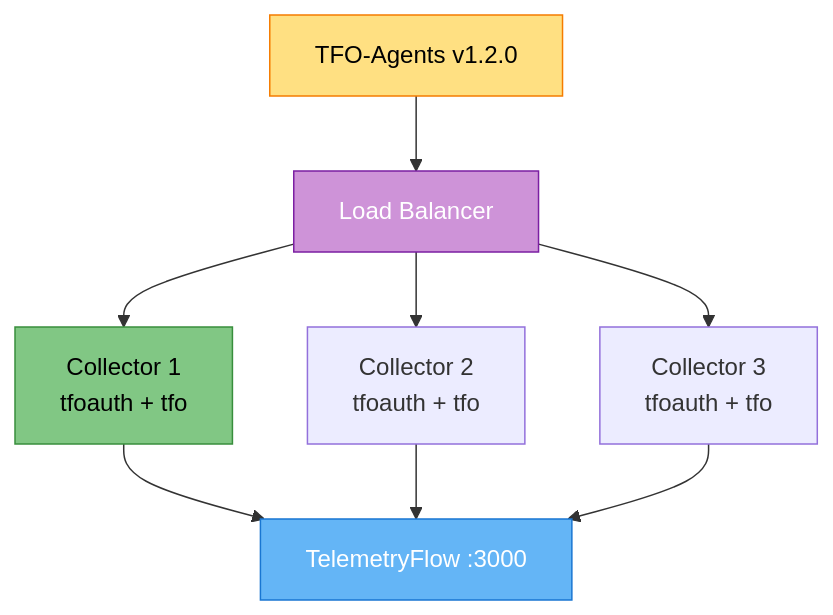
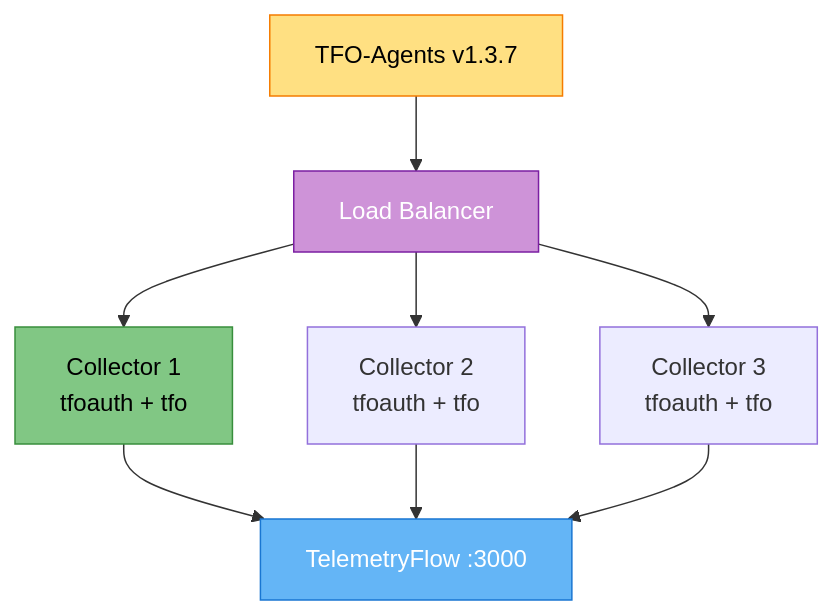
Before and after one commit to telemetryflow/telemetryflow-overview: the fourth of 4 diagrams in tfo-otel/DEPLOYMENT.md, drawn with Mermaid. The commit also changed other lines of this file and 11 other files, not shown here.

````diff
--- a/tfo-otel/DEPLOYMENT.md
+++ b/tfo-otel/DEPLOYMENT.md
@@ -521,17 +521,17 @@
 ```mermaid
 graph TB
-    AGENTS[TFO-Agents v1.2.0] --> LB[Load Balancer]
+    AGENTS[TFO-Agents v1.3.7] --> LB[Load Balancer]
 
     LB --> COLLECTOR1[Collector 1<br/>tfoauth + tfo]
     LB --> COLLECTOR2[Collector 2<br/>tfoauth + tfo]
     LB --> COLLECTOR3[Collector 3<br/>tfoauth + tfo]
 
     COLLECTOR1 --> PLATFORM[TelemetryFlow :3000]
     COLLECTOR2 --> PLATFORM
     COLLECTOR3 --> PLATFORM
 
     style AGENTS fill:#FFE082,stroke:#F57C00,color:#000
     style LB fill:#CE93D8,stroke:#7B1FA2,color:#fff
     style COLLECTOR1 fill:#81C784,stroke:#388E3C,color:#000
     style PLATFORM fill:#64B5F6,stroke:#1976D2,color:#fff
 ```
````
